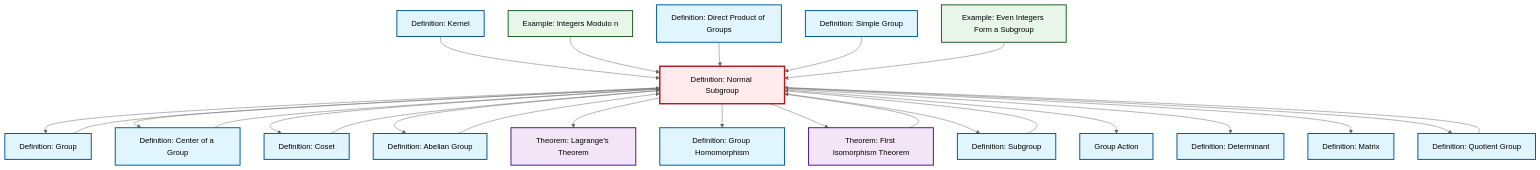
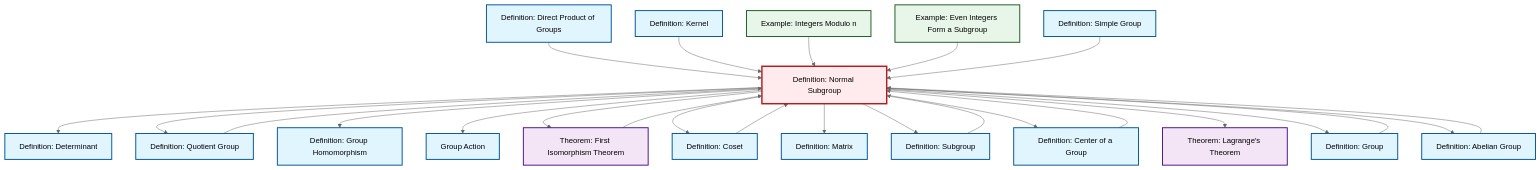
One commit to RK0429/ModernMath changed the diagram in content/en/algebra/def-normal-subgroup.qmd. Above: the diagram before and after it, drawn with Mermaid (neutral theme). The commit also changed other lines of this file and 1069 other files, not shown here.

````diff
--- a/content/en/algebra/def-normal-subgroup.qmd
+++ b/content/en/algebra/def-normal-subgroup.qmd
@@ -96,69 +96,69 @@
 ```{mermaid}
 %%| fig-cap: "Local dependency graph"
 graph TD
     classDef definition fill:#e1f5fe,stroke:#01579b,stroke-width:2px
     classDef theorem fill:#f3e5f5,stroke:#4a148c,stroke-width:2px
     classDef axiom fill:#fff3e0,stroke:#e65100,stroke-width:2px
     classDef example fill:#e8f5e9,stroke:#1b5e20,stroke-width:2px
     classDef current fill:#ffebee,stroke:#b71c1c,stroke-width:3px
+    def-determinant["Definition: Determinant"]:::definition
+    ex-quotient-integers-mod-n["Example: Integers Modulo n"]:::example
+    thm-lagrange["Theorem: Lagrange's Theorem"]:::theorem
+    def-normal-subgroup["Definition: Normal Subgroup"]:::definition
+    def-matrix["Definition: Matrix"]:::definition
     ex-even-integers-subgroup["Example: Even Integers Form a Subgroup"]:::example
+    def-direct-product["Definition: Direct Product of Groups"]:::definition
+    def-subgroup["Definition: Subgroup"]:::definition
+    def-simple-group["Definition: Simple Group"]:::definition
+    thm-first-isomorphism["Theorem: First Isomorphism Theorem"]:::theorem
+    def-quotient-group["Definition: Quotient Group"]:::definition
+    def-abelian-group["Definition: Abelian Group"]:::definition
+    def-center-of-group["Definition: Center of a Group"]:::definition
+    def-homomorphism["Definition: Group Homomorphism"]:::definition
     def-coset["Definition: Coset"]:::definition
-    def-simple-group["Definition: Simple Group"]:::definition
-    def-center-of-group["Definition: Center of a Group"]:::definition
-    def-determinant["Definition: Determinant"]:::definition
+    def-group-action["Group Action"]:::definition
+    def-kernel["Definition: Kernel"]:::definition
     def-group["Definition: Group"]:::definition
-    def-matrix["Definition: Matrix"]:::definition
-    def-quotient-group["Definition: Quotient Group"]:::definition
-    thm-first-isomorphism["Theorem: First Isomorphism Theorem"]:::theorem
-    def-subgroup["Definition: Subgroup"]:::definition
-    thm-lagrange["Theorem: Lagrange's Theorem"]:::theorem
-    def-kernel["Definition: Kernel"]:::definition
-    def-direct-product["Definition: Direct Product of Groups"]:::definition
-    def-homomorphism["Definition: Group Homomorphism"]:::definition
-    def-normal-subgroup["Definition: Normal Subgroup"]:::definition
-    def-abelian-group["Definition: Abelian Group"]:::definition
-    def-group-action["Group Action"]:::definition
-    ex-quotient-integers-mod-n["Example: Integers Modulo n"]:::example
+    def-subgroup --> def-normal-subgroup
+    def-normal-subgroup --> def-determinant
+    def-coset --> def-normal-subgroup
+    def-normal-subgroup --> def-quotient-group
+    def-quotient-group --> def-normal-subgroup
+    def-normal-subgroup --> def-homomorphism
+    def-direct-product --> def-normal-subgroup
+    def-normal-subgroup --> def-group-action
+    def-group --> def-normal-subgroup
+    def-normal-subgroup --> thm-first-isomorphism
+    def-normal-subgroup --> def-coset
+    def-normal-subgroup --> def-matrix
+    def-normal-subgroup --> def-subgroup
+    def-kernel --> def-normal-subgroup
+    def-abelian-group --> def-normal-subgroup
+    def-normal-subgroup --> def-center-of-group
+    def-center-of-group --> def-normal-subgroup
+    ex-quotient-integers-mod-n --> def-normal-subgroup
+    def-normal-subgroup --> thm-lagrange
     def-normal-subgroup --> def-group
-    def-kernel --> def-normal-subgroup
-    def-coset --> def-normal-subgroup
-    def-normal-subgroup --> def-center-of-group
-    def-normal-subgroup --> def-coset
-    def-quotient-group --> def-normal-subgroup
+    ex-even-integers-subgroup --> def-normal-subgroup
+    def-simple-group --> def-normal-subgroup
+    thm-first-isomorphism --> def-normal-subgroup
     def-normal-subgroup --> def-abelian-group
-    def-normal-subgroup --> thm-lagrange
-    def-group --> def-normal-subgroup
-    ex-quotient-integers-mod-n --> def-normal-subgroup
-    def-subgroup --> def-normal-subgroup
-    def-direct-product --> def-normal-subgroup
-    def-simple-group --> def-normal-subgroup
-    def-normal-subgroup --> def-homomorphism
-    def-normal-subgroup --> thm-first-isomorphism
-    def-normal-subgroup --> def-subgroup
-    def-abelian-group --> def-normal-subgroup
-    def-normal-subgroup --> def-group-action
-    def-normal-subgroup --> def-determinant
-    thm-first-isomorphism --> def-normal-subgroup
-    ex-even-integers-subgroup --> def-normal-subgroup
-    def-center-of-group --> def-normal-subgroup
-    def-normal-subgroup --> def-matrix
-    def-normal-subgroup --> def-quotient-group
     class def-normal-subgroup current
+    click def-determinant "def-determinant.html" "Go to Determinant definition"
+    click ex-quotient-integers-mod-n "ex-quotient-integers-mod-n.html" "Go to Integers Modulo n example"
+    click thm-lagrange "thm-lagrange.html" "Go to Lagrange's Theorem theorem"
+    click def-matrix "def-matrix.html" "Go to Matrix definition"
     click ex-even-integers-subgroup "ex-even-integers-subgroup.html" "Go to Even Integers Form a Subgroup example"
+    click def-direct-product "def-direct-product.html" "Go to Direct Product of Groups definition"
+    click def-subgroup "def-subgroup.html" "Go to Subgroup definition"
+    click def-simple-group "def-simple-group.html" "Go to Simple Group definition"
+    click thm-first-isomorphism "thm-first-isomorphism.html" "Go to First Isomorphism Theorem theorem"
+    click def-quotient-group "def-quotient-group.html" "Go to Quotient Group definition"
+    click def-abelian-group "def-abelian-group.html" "Go to Abelian Group definition"
+    click def-center-of-group "def-center-of-group.html" "Go to Center of a Group definition"
+    click def-homomorphism "def-homomorphism.html" "Go to Group Homomorphism definition"
     click def-coset "def-coset.html" "Go to Coset definition"
-    click def-simple-group "def-simple-group.html" "Go to Simple Group definition"
-    click def-center-of-group "def-center-of-group.html" "Go to Center of a Group definition"
-    click def-determinant "def-determinant.html" "Go to Determinant definition"
+    click def-group-action "def-group-action.html" "Go to Group Action"
+    click def-kernel "def-kernel.html" "Go to Kernel definition"
     click def-group "def-group.html" "Go to Group definition"
-    click def-matrix "def-matrix.html" "Go to Matrix definition"
-    click def-quotient-group "def-quotient-group.html" "Go to Quotient Group definition"
-    click thm-first-isomorphism "thm-first-isomorphism.html" "Go to First Isomorphism Theorem theorem"
-    click def-subgroup "def-subgroup.html" "Go to Subgroup definition"
-    click thm-lagrange "thm-lagrange.html" "Go to Lagrange's Theorem theorem"
-    click def-kernel "def-kernel.html" "Go to Kernel definition"
-    click def-direct-product "def-direct-product.html" "Go to Direct Product of Groups definition"
-    click def-homomorphism "def-homomorphism.html" "Go to Group Homomorphism definition"
-    click def-abelian-group "def-abelian-group.html" "Go to Abelian Group definition"
-    click def-group-action "def-group-action.html" "Go to Group Action"
-    click ex-quotient-integers-mod-n "ex-quotient-integers-mod-n.html" "Go to Integers Modulo n example"
 ```
````
